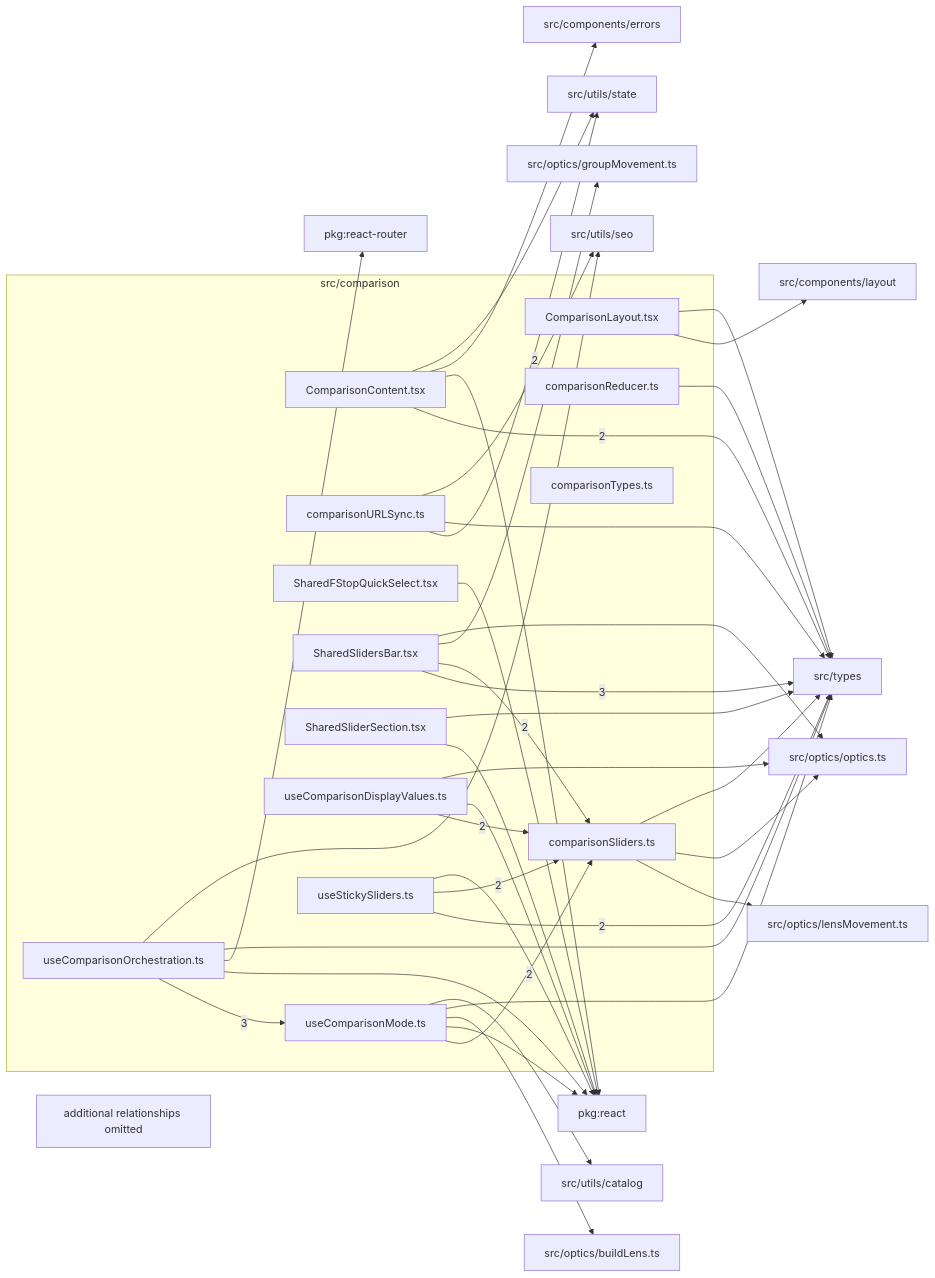
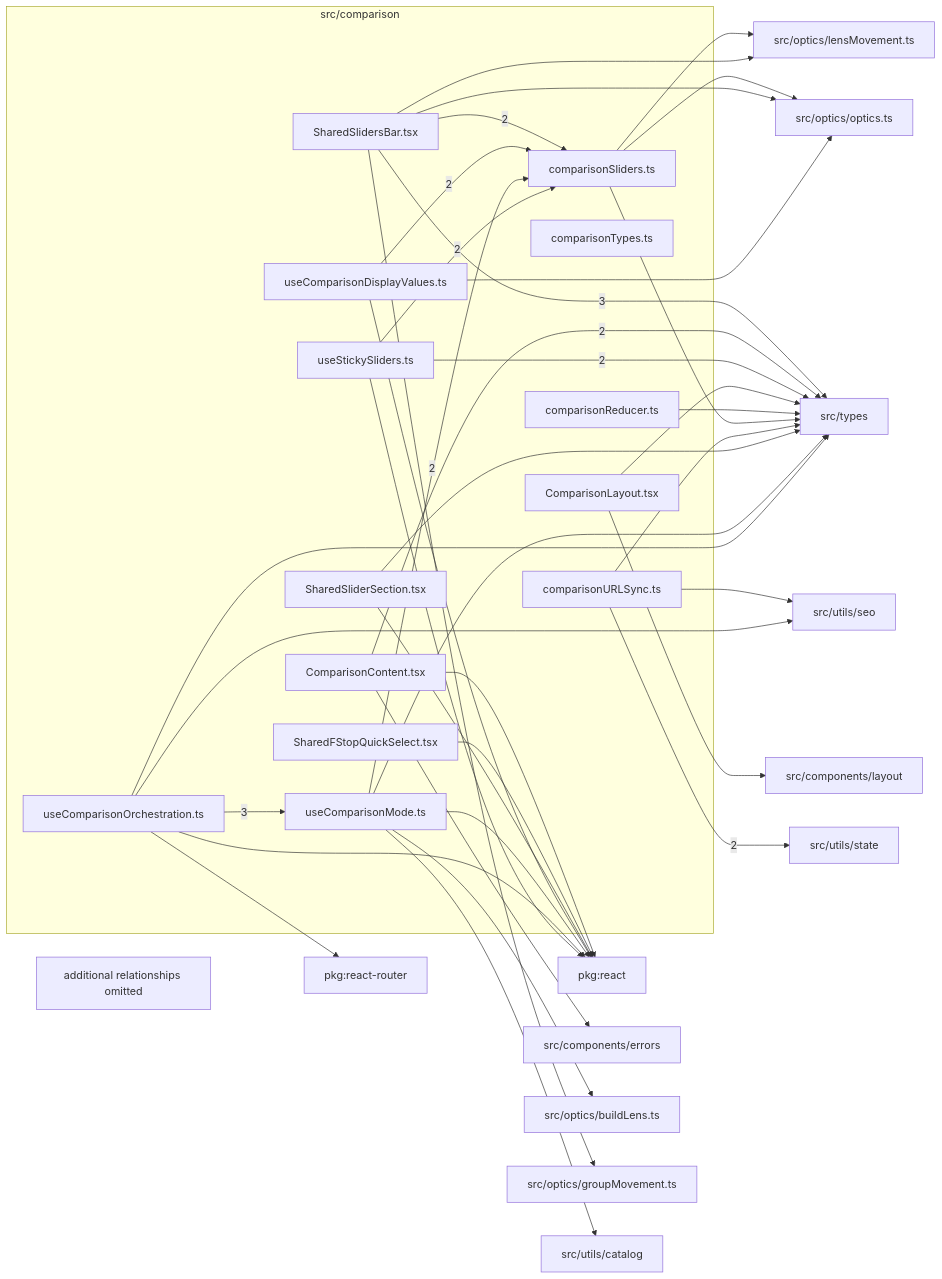
The diagram in src/comparison/readme.md (ronbuening/LensVisualizer), drawn with Mermaid before and after one commit. The commit also changed other lines of this file and 18 other files, not shown here.

````diff
--- a/src/comparison/readme.md
+++ b/src/comparison/readme.md
@@ -9,67 +9,67 @@
 ```mermaid
 flowchart LR
   subgraph n_src_comparison["src/comparison"]
     n_src_comparison_src_comparison_ComparisonContent_tsx["ComparisonContent.tsx"]
     n_src_comparison_src_comparison_ComparisonLayout_tsx["ComparisonLayout.tsx"]
     n_src_comparison_src_comparison_comparisonReducer_ts["comparisonReducer.ts"]
     n_src_comparison_src_comparison_comparisonSliders_ts["comparisonSliders.ts"]
     n_src_comparison_src_comparison_comparisonTypes_ts["comparisonTypes.ts"]
     n_src_comparison_src_comparison_comparisonURLSync_ts["comparisonURLSync.ts"]
     n_src_comparison_src_comparison_SharedFStopQuickSelect_tsx["SharedFStopQuickSelect.tsx"]
     n_src_comparison_src_comparison_SharedSlidersBar_tsx["SharedSlidersBar.tsx"]
     n_src_comparison_src_comparison_SharedSliderSection_tsx["SharedSliderSection.tsx"]
     n_src_comparison_src_comparison_useComparisonDisplayValues_ts["useComparisonDisplayValues.ts"]
     n_src_comparison_src_comparison_useComparisonMode_ts["useComparisonMode.ts"]
     n_src_comparison_src_comparison_useComparisonOrchestration_ts["useComparisonOrchestration.ts"]
     n_src_comparison_src_comparison_useStickySliders_ts["useStickySliders.ts"]
   end
   n_external_src_types["src/types"]
   n_external_src_utils_state["src/utils/state"]
   n_external_pkg_react["pkg:react"]
   n_external_pkg_react_router["pkg:react-router"]
   n_external_src_components_errors["src/components/errors"]
   n_external_src_components_layout["src/components/layout"]
   n_external_src_optics_buildLens_ts["src/optics/buildLens.ts"]
   n_external_src_optics_groupMovement_ts["src/optics/groupMovement.ts"]
   n_external_src_optics_lensMovement_ts["src/optics/lensMovement.ts"]
   n_external_src_optics_optics_ts["src/optics/optics.ts"]
   n_external_src_utils_catalog["src/utils/catalog"]
   n_external_src_utils_seo["src/utils/seo"]
   n_src_comparison_src_comparison_SharedSlidersBar_tsx --> |3| n_external_src_types
   n_src_comparison_src_comparison_useComparisonOrchestration_ts --> |3| n_src_comparison_src_comparison_useComparisonMode_ts
   n_src_comparison_src_comparison_ComparisonContent_tsx --> |2| n_external_src_types
   n_src_comparison_src_comparison_useStickySliders_ts --> |2| n_external_src_types
   n_src_comparison_src_comparison_comparisonURLSync_ts --> |2| n_external_src_utils_state
   n_src_comparison_src_comparison_SharedSlidersBar_tsx --> |2| n_src_comparison_src_comparison_comparisonSliders_ts
   n_src_comparison_src_comparison_useComparisonDisplayValues_ts --> |2| n_src_comparison_src_comparison_comparisonSliders_ts
   n_src_comparison_src_comparison_useComparisonMode_ts --> |2| n_src_comparison_src_comparison_comparisonSliders_ts
   n_src_comparison_src_comparison_useStickySliders_ts --> |2| n_src_comparison_src_comparison_comparisonSliders_ts
   n_src_comparison_src_comparison_ComparisonContent_tsx --> n_external_pkg_react
   n_src_comparison_src_comparison_SharedFStopQuickSelect_tsx --> n_external_pkg_react
   n_src_comparison_src_comparison_SharedSliderSection_tsx --> n_external_pkg_react
   n_src_comparison_src_comparison_useComparisonDisplayValues_ts --> n_external_pkg_react
   n_src_comparison_src_comparison_useComparisonMode_ts --> n_external_pkg_react
   n_src_comparison_src_comparison_useComparisonOrchestration_ts --> n_external_pkg_react
   n_src_comparison_src_comparison_useStickySliders_ts --> n_external_pkg_react
   n_src_comparison_src_comparison_useComparisonOrchestration_ts --> n_external_pkg_react_router
   n_src_comparison_src_comparison_ComparisonContent_tsx --> n_external_src_components_errors
   n_src_comparison_src_comparison_ComparisonLayout_tsx --> n_external_src_components_layout
   n_src_comparison_src_comparison_useComparisonMode_ts --> n_external_src_optics_buildLens_ts
   n_src_comparison_src_comparison_SharedSlidersBar_tsx --> n_external_src_optics_groupMovement_ts
   n_src_comparison_src_comparison_comparisonSliders_ts --> n_external_src_optics_lensMovement_ts
+  n_src_comparison_src_comparison_SharedSlidersBar_tsx --> n_external_src_optics_lensMovement_ts
   n_src_comparison_src_comparison_comparisonSliders_ts --> n_external_src_optics_optics_ts
   n_src_comparison_src_comparison_SharedSlidersBar_tsx --> n_external_src_optics_optics_ts
   n_src_comparison_src_comparison_useComparisonDisplayValues_ts --> n_external_src_optics_optics_ts
   n_src_comparison_src_comparison_ComparisonLayout_tsx --> n_external_src_types
   n_src_comparison_src_comparison_comparisonReducer_ts --> n_external_src_types
   n_src_comparison_src_comparison_comparisonSliders_ts --> n_external_src_types
   n_src_comparison_src_comparison_comparisonURLSync_ts --> n_external_src_types
   n_src_comparison_src_comparison_SharedSliderSection_tsx --> n_external_src_types
   n_src_comparison_src_comparison_useComparisonMode_ts --> n_external_src_types
   n_src_comparison_src_comparison_useComparisonOrchestration_ts --> n_external_src_types
   n_src_comparison_src_comparison_useComparisonMode_ts --> n_external_src_utils_catalog
   n_src_comparison_src_comparison_comparisonURLSync_ts --> n_external_src_utils_seo
   n_src_comparison_src_comparison_useComparisonOrchestration_ts --> n_external_src_utils_seo
-  n_src_comparison_src_comparison_ComparisonContent_tsx --> n_external_src_utils_state
   n_src_comparison_truncated["additional relationships omitted"]
 ```
````
